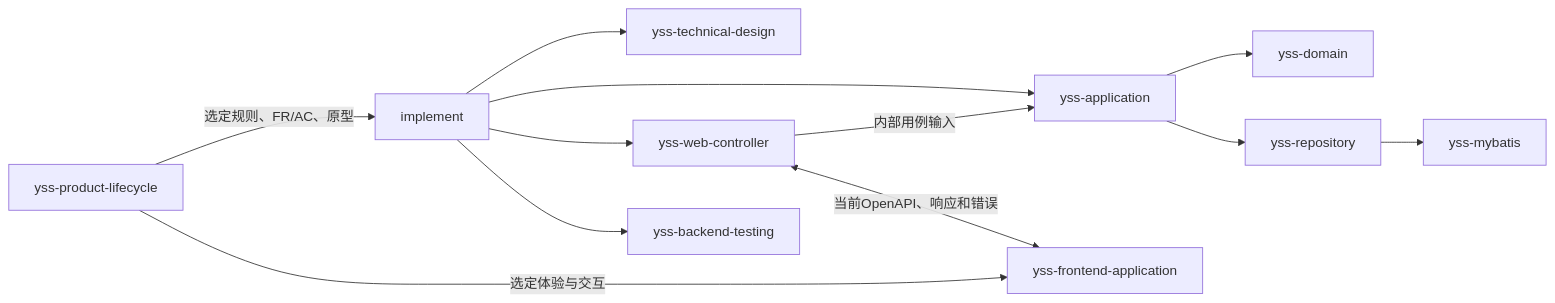
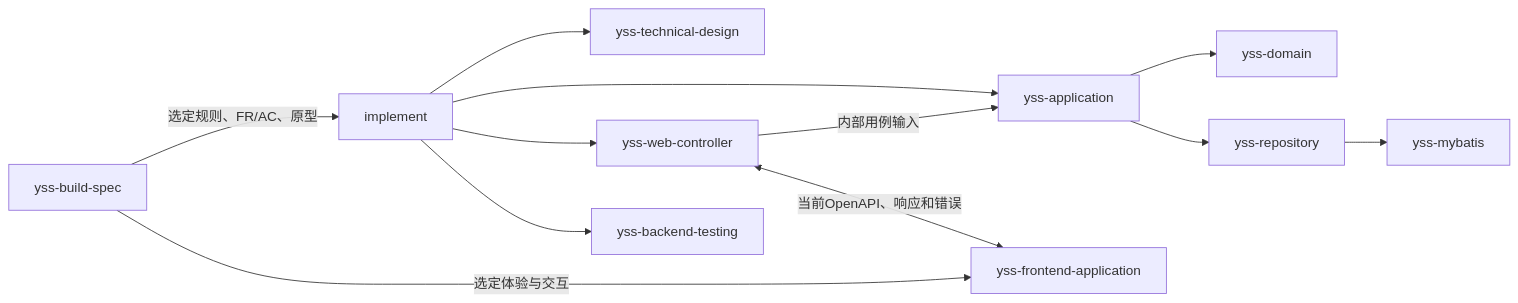
The third of 6 diagrams in .template-spec/user-guide/客户跟进项目全生命周期Demo.md (iloveZzz/yss-spec-project-template), drawn with Mermaid before and after one commit. The commit also changed 47 other files, not shown here.

Commit message:
feat(skills): 将产品规格与原型入口迁至 yss-build-spec

````diff
--- a/.template-spec/user-guide/客户跟进项目全生命周期Demo.md
+++ b/.template-spec/user-guide/客户跟进项目全生命周期Demo.md
@@ -114,14 +114,14 @@
 ```mermaid
 flowchart LR
-  S["yss-product-lifecycle"] -->|选定规则、FR/AC、原型| I["implement"]
+  S["yss-build-spec"] -->|选定规则、FR/AC、原型| I["implement"]
   S -->|选定体验与交互| F["yss-frontend-application"]
   I --> T["yss-technical-design"]
   I --> A["yss-application"]
   A --> D["yss-domain"]
   A --> R["yss-repository"]
   R --> M["yss-mybatis"]
   I --> W["yss-web-controller"]
   W -->|内部用例输入| A
   W <-->|当前OpenAPI、响应和错误| F
   I --> Q["yss-backend-testing"]
 ```
````
